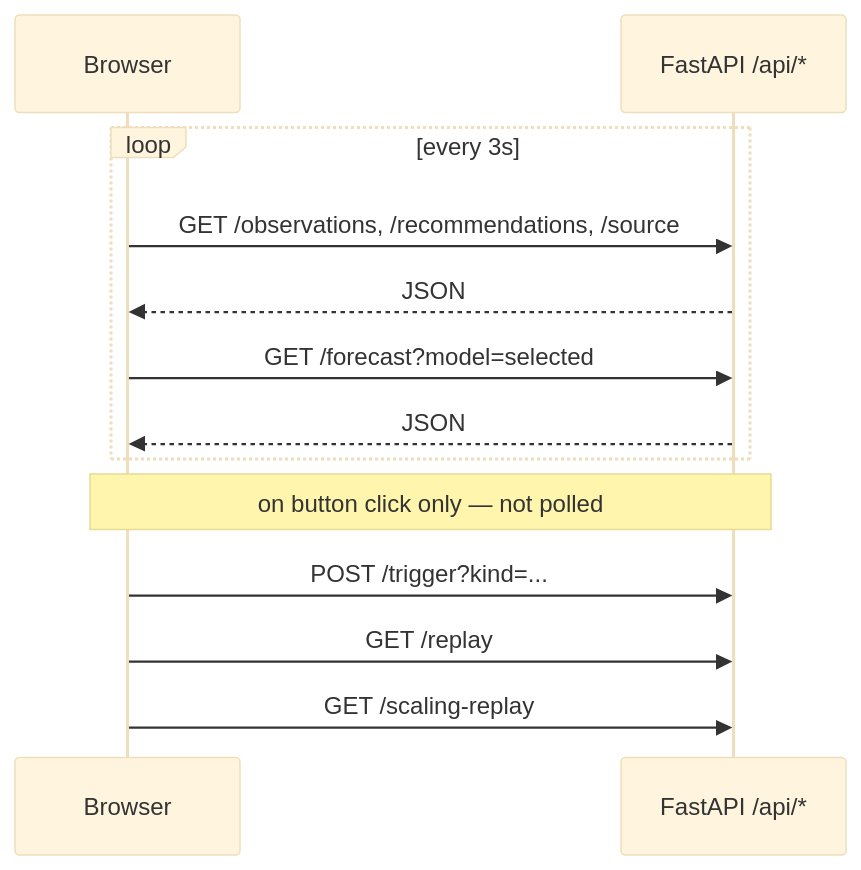
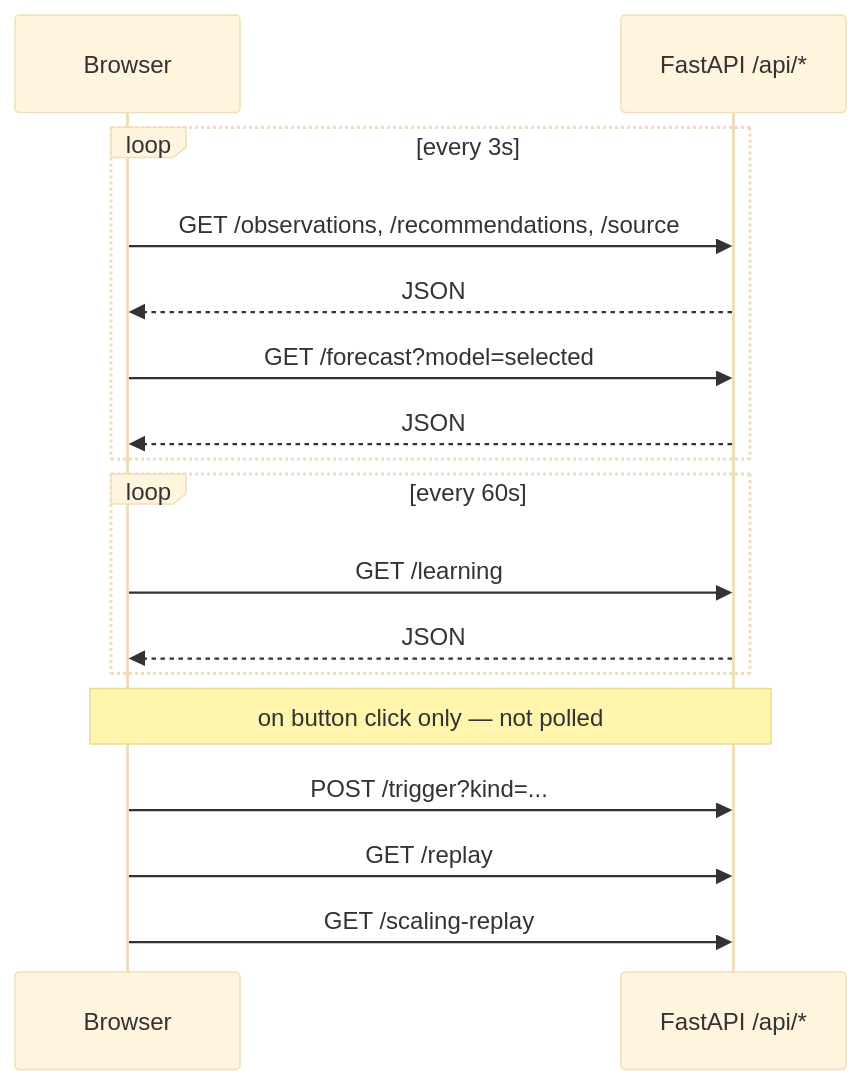
One commit to jsawyerdev/scalescope changed the fourth of 6 diagrams in README.md. Above: the diagram before and after it, drawn with Mermaid (base theme). The commit also changed other lines of this file and 2 other files, not shown here.

````diff
--- a/README.md
+++ b/README.md
@@ -734,16 +741,20 @@
 ```mermaid
 sequenceDiagram
     participant Browser
     participant API as FastAPI /api/*
 
     loop every 3s
         Browser->>API: GET /observations, /recommendations, /source
         API-->>Browser: JSON
         Browser->>API: GET /forecast?model=selected
         API-->>Browser: JSON
     end
+    loop every 60s
+        Browser->>API: GET /learning
+        API-->>Browser: JSON
+    end
     Note over Browser,API: on button click only — not polled
     Browser->>API: POST /trigger?kind=...
     Browser->>API: GET /replay
     Browser->>API: GET /scaling-replay
 ```
````
